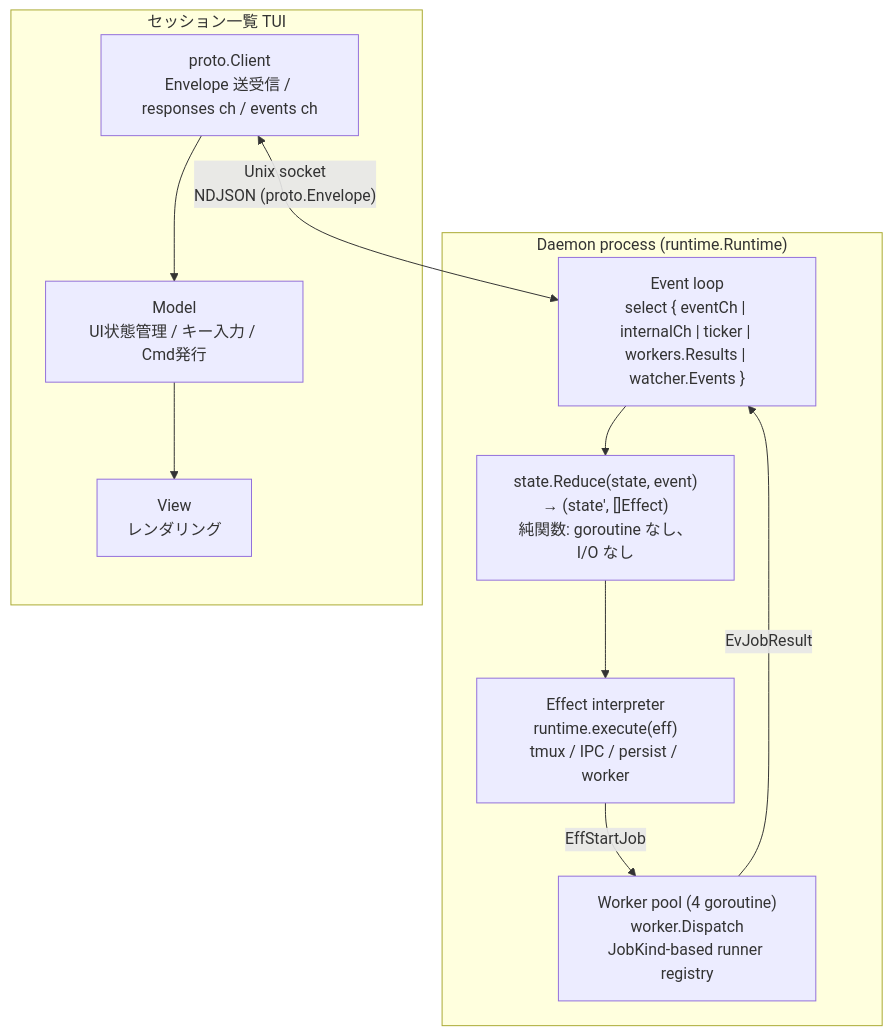
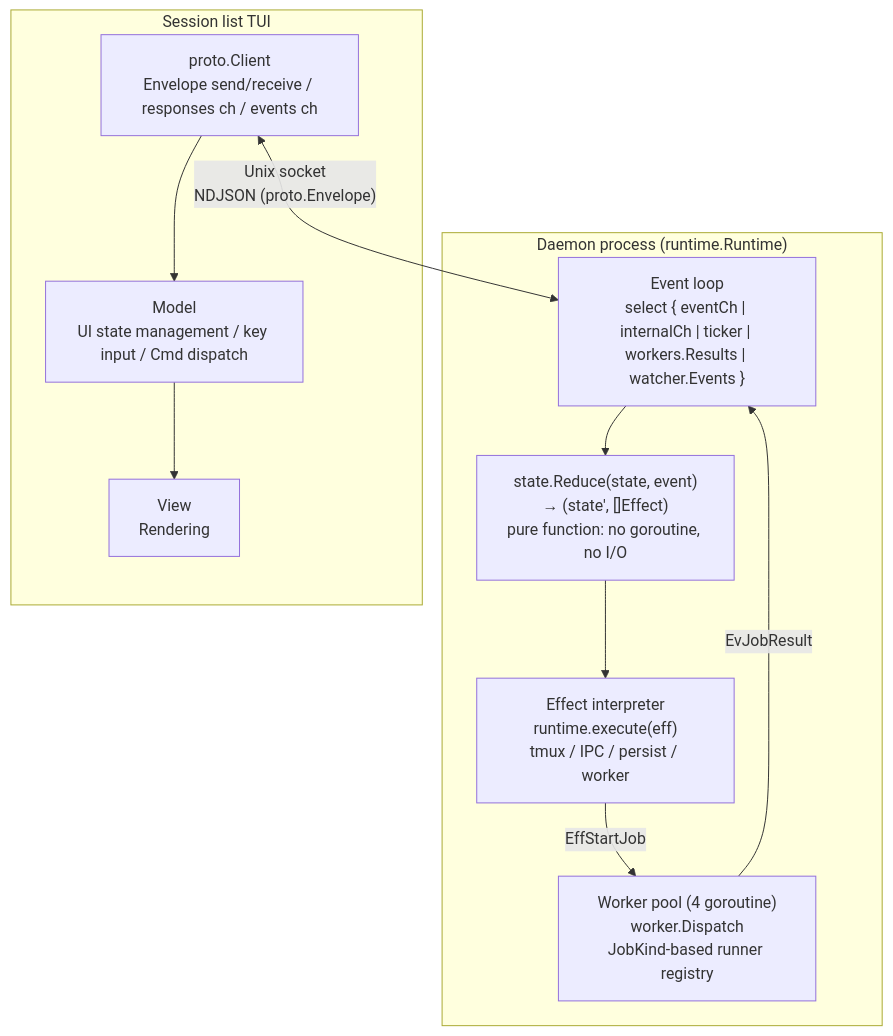
The first of 5 diagrams in docs/ipc.md (takezoh/agent-roost), drawn with Mermaid before and after one commit. The commit also changed other lines of this file and 7 other files, not shown here.

````diff
--- a/docs/ipc.md
+++ b/docs/ipc.md
@@ -9,24 +9,24 @@
 ```mermaid
 flowchart TB
     subgraph daemon["Daemon process (runtime.Runtime)"]
         EL["Event loop<br/>select { eventCh | internalCh | ticker | workers.Results | watcher.Events }"]
-        Reduce["state.Reduce(state, event)<br/>→ (state', []Effect)<br/>純関数: goroutine なし、I/O なし"]
+        Reduce["state.Reduce(state, event)<br/>→ (state', []Effect)<br/>pure function: no goroutine, no I/O"]
         Interp["Effect interpreter<br/>runtime.execute(eff)<br/>tmux / IPC / persist / worker"]
         Pool["Worker pool (4 goroutine)<br/>worker.Dispatch<br/>JobKind-based runner registry"]
 
         EL --> Reduce
         Reduce --> Interp
         Interp -->|EffStartJob| Pool
         Pool -->|EvJobResult| EL
     end
 
-    subgraph tui["セッション一覧 TUI"]
-        Client["proto.Client<br/>Envelope 送受信 / responses ch / events ch"]
-        Model["Model<br/>UI状態管理 / キー入力 / Cmd発行"]
-        View["View<br/>レンダリング"]
+    subgraph tui["Session list TUI"]
+        Client["proto.Client<br/>Envelope send/receive / responses ch / events ch"]
+        Model["Model<br/>UI state management / key input / Cmd dispatch"]
+        View["View<br/>Rendering"]
 
         Client --> Model --> View
     end
 
     Client <-->|"Unix socket<br/>NDJSON (proto.Envelope)"| EL
 ```
````
